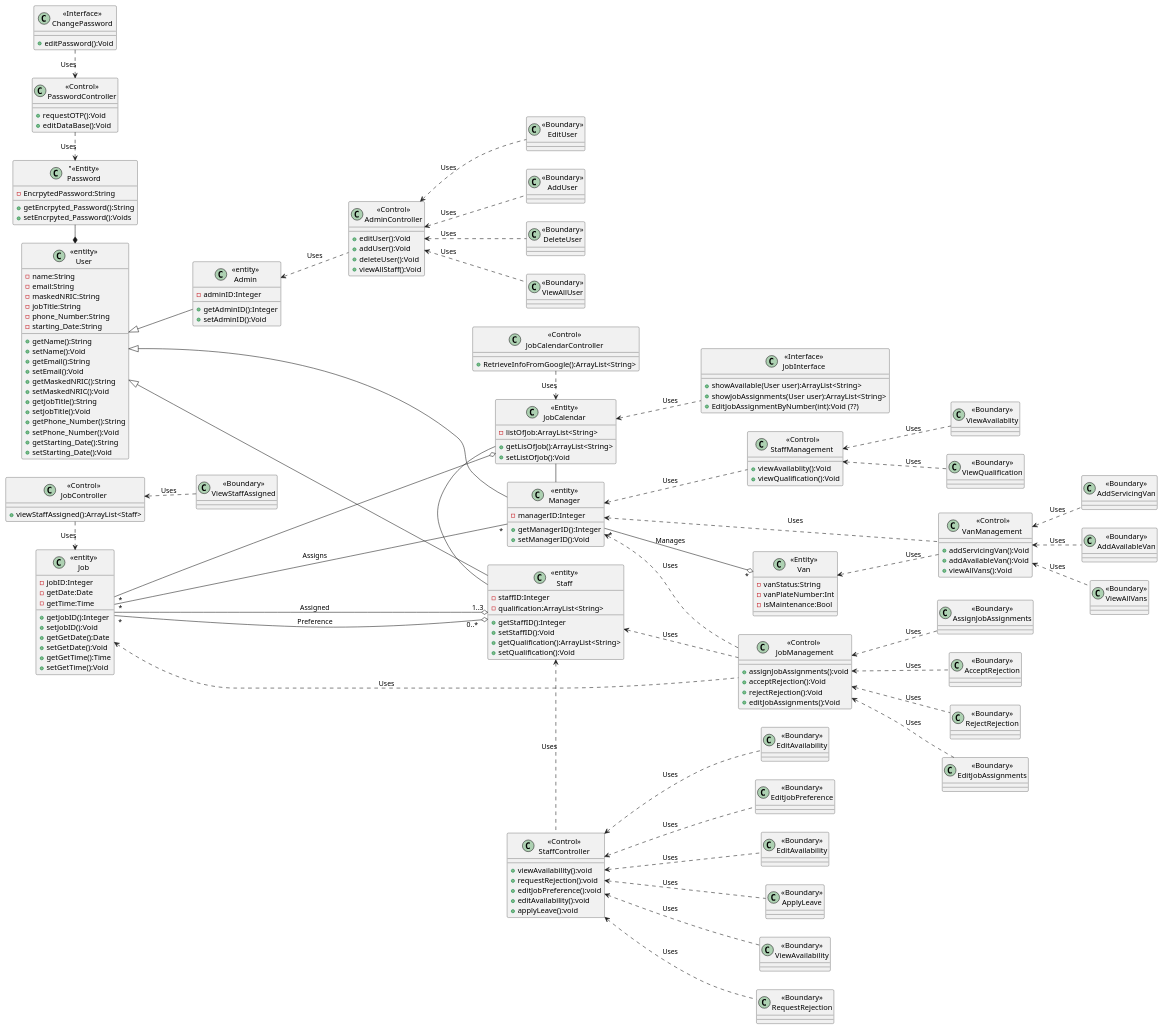
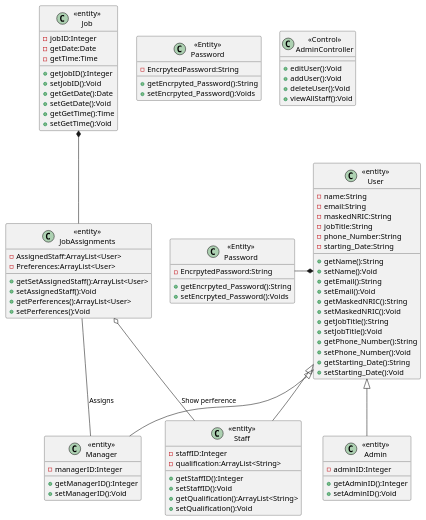
Before and after one commit to tryhardlaijun/Y2Trim1SoftEngPlantUml: the diagram in 2101/M2Class copy.Plantuml, drawn with PlantUML. The commit also changed other lines of this file and 2 other files, not shown here.

Commit message:
M2 plantUML

```diff
--- a/2101/M2Class copy.Plantuml
+++ b/2101/M2Class copy.Plantuml
@@ -1,19 +1,4 @@
-left to right direction
-
-
-class Admin as "<<entity>>\nAdmin"{
- -adminID:Integer
- +getAdminID():Integer
- +setAdminID():Void
-}
-
-class AdminController as "<<Control>>\nAdminController"{
- +editUser():Void
- +addUser():Void
- +deleteUser():Void
- +viewAllStaff():Void
-}
-
+@startuml
 
 class User as "<<entity>>\nUser"{
  -name:String
@@ -36,34 +21,6 @@
  +setStarting_Date():Void
 }
 
-
-
-class Manager as "<<entity>>\nManager"{
- -managerID:Integer
- +getManagerID():Integer
- +setManagerID():Void
-
-}
-
-
-
-class JobManagement as "<<Control>>\n JobManagement"{
- +assignJobAssignments():void
- +acceptRejection():Void
- +rejectRejection():Void
- +editJobAssignments():Void
-
-}
-class VanManagement as "<<Control>>\nVanManagement "{
- +addServicingVan():Void
- +addAvailableVan():Void
- +viewAllVans():Void
-}
-class StaffManagement as "<<Control>>\nStaffManagement "{
- +viewAvailablity():Void
- +viewQualification():Void
-}
-
 class Staff as "<<entity>>\nStaff"{
  -staffID:Integer
  +getStaffID():Integer
@@ -73,13 +30,16 @@
  +setQualification():Void
 }
 
-class StaffController as "<<Control>>\nStaffController"{
- +viewAvailability():void
- +requestRejection():void
- +editJobPreference():void
- +editAvailability():void
- +applyLeave():void
+class Admin as "<<entity>>\nAdmin"{
+ -adminID:Integer
+ +getAdminID():Integer
+ +setAdminID():Void
+}
 
+class Manager as "<<entity>>\nManager"{
+ -managerID:Integer
+ +getManagerID():Integer
+ +setManagerID():Void
 }
 
 class Job as "<<entity>>\nJob" {
@@ -92,159 +52,49 @@
  +setGetDate():Void
  +getGetTime():Time
  +setGetTime():Void
+
 }
 
-class JobController as "<<Control>>\nJobController" {
- +viewStaffAssigned():ArrayList<Staff>
+class JobAssignments as "<<entity>>\nJobAssignments"
+{
+   -AssignedStaff:ArrayList<User>
+   -Preferences:ArrayList<User>
+   +getSetAssignedStaff():ArrayList<User>
+   +setAssignedStaff():Void
+   +getPerferences():ArrayList<User>
+   +setPerferences():Void
 }
-
-
-class JobCalendar as "<<Entity>>\nJobCalendar"{
-  -listOfJob:ArrayList<String>
-  +getLisOfJob():ArrayList<String>
-  +setListOfJob():Void
+class Password as "<<Entity>>\nPassword"{
+  -EncrpytedPassword:String
+  +getEncrpyted_Password():String
+  +setEncrpyted_Password():Voids
 }
-class JobCalendarController as "<<Control>>\nJobCalendarController"{
-
- +RetrieveInfoFromGoogle():ArrayList<String>
-}
-
-class JobCalendarInterface as "<<Interface>>\nJobInterface"{
- +showAvailable(User user):ArrayList<String>
- +showJobAssignments(User user):ArrayList<String>
- +EditJobAssignmentByNumber(int):Void (??)
-}
-
-class PasswordController as "<<Control>>\nPasswordController"{
- +requestOTP():Void
- +editDataBase():Void
-}
-
-class PasswordInterface as "<<Interface>>\nChangePassword"{
- +editPassword():Void
-}
-
-
-class Van as "<<Entity>>\nVan"{
--vanStatus:String
--vanPlateNumber:Int
--isMaintenance:Bool
-}
-
-class Password as ""<<Entity>>\nPassword"{
- -EncrpytedPassword:String
+class StaffAvailability as "<<Entity>>\nPassword"{
+  -EncrpytedPassword:String
   +getEncrpyted_Password():String
   +setEncrpyted_Password():Voids
 }
 
-
-User <|---- Manager
-User <|-- Admin
-User <|-- Staff
+'Controller' class
+class AdminController as "<<Control>>\nAdminController"{
+ +editUser():Void
+ +addUser():Void
+ +deleteUser():Void
+ +viewAllStaff():Void
+}
 
 
+' Inheritance
+User <|-- Staff
+User <|-- Manager
+User <|-- Admin
 
-Job "*"----o "1..3" Staff : Assigned
-Job "*" ----o "  0..*   " Staff : Preference
+'Aggregation
+JobAssignments -- Manager : Assigns
+JobAssignments o-- Staff : Show perference
 
-Staff <. StaffController : Uses
-Staff <.. JobManagement : Uses
+' Composite
+User *-l- Password
+Job *-- JobAssignments
 
-Manager <.. JobManagement : Uses
-Manager <.. VanManagement : Uses
-Manager <.. StaffManagement : Uses
-Manager "*" --o "*" Van : Manages
-
-Van <.. VanManagement : Uses
-
-Admin <.. AdminController : Uses
-
-JobController  .> Job : Uses
-
-JobCalendarController  .> JobCalendar : Uses
-
-PasswordController  .> Password : Uses
-PasswordInterface .> PasswordController: Uses
-
-
-Job "*" -- "*" Manager : Assigns
-Job -o JobCalendar
-Job  <. JobManagement : Uses
-
-
-
-JobCalendar - Staff
-JobCalendar - Manager
-JobCalendar <.. JobCalendarInterface : Uses
-Password -* User
-
-
-class JobBoundary1x as "<<Boundary>>\nViewStaffAssigned"{
-}
-JobController <.. JobBoundary1x : Uses
-
-
-class StaffBoundary1x as "<<Boundary>>\nViewAvailability"{
-}
-class StaffBoundary2x as "<<Boundary>>\nRequestRejection"{
-}
-class StaffBoundary3x as "<<Boundary>>\nEditAvailability"{
-}
-class StaffBoundary4x as "<<Boundary>>\nEditJobPreference"{
-}
-class StaffBoundary5x as "<<Boundary>>\nEditAvailability"{
-}
-class StaffBoundary6x as "<<Boundary>>\nApplyLeave"{
-}
-StaffController <.. StaffBoundary1x : Uses
-StaffController <.. StaffBoundary2x : Uses
-StaffController <.. StaffBoundary3x : Uses
-StaffController <.. StaffBoundary4x : Uses
-StaffController <.. StaffBoundary5x : Uses
-StaffController <.. StaffBoundary6x : Uses
-
-class StaffBoundary1 as "<<Boundary>>\nViewAvailablity"{
-}
-class StaffBoundary2 as "<<Boundary>>\nViewQualification"{
-}
-StaffManagement <.. StaffBoundary1 : Uses
-StaffManagement <.. StaffBoundary2 : Uses
-
-
-class AdminBoundary1 as "<<Boundary>>\nEditUser"{
-}
-class AdminBoundary2 as "<<Boundary>>\nAddUser"{
-}
-class AdminBoundary3 as "<<Boundary>>\nDeleteUser"{
-}
-class AdminBoundary4 as "<<Boundary>>\nViewAllUser"{
-}
-AdminController <.. AdminBoundary1 : Uses
-AdminController <.. AdminBoundary2 : Uses
-AdminController <.. AdminBoundary3 : Uses
-AdminController <.. AdminBoundary4 : Uses
-
-
-class JobBoundary1 as "<<Boundary>>\nAssignJobAssignments"{
-}
-class JobBoundary2 as "<<Boundary>>\nAcceptRejection"{
-}
-class JobBoundary3 as "<<Boundary>>\nRejectRejection"{
-}
-class JobBoundary4 as "<<Boundary>>\nEditJobAssignments"{
-}
-JobManagement <.. JobBoundary1 : Uses
-JobManagement <.. JobBoundary2 : Uses
-JobManagement <.. JobBoundary3 : Uses
-JobManagement <.. JobBoundary4 : Uses
-
-class VanBoundary1 as "<<Boundary>>\nAddServicingVan"{
-}
-class VanBoundary2 as "<<Boundary>>\nAddAvailableVan"{
-}
-class VanBoundary3 as "<<Boundary>>\nViewAllVans"{
-}
-
-VanManagement <.. VanBoundary1 : Uses
-VanManagement <.. VanBoundary2 : Uses
-VanManagement <.. VanBoundary3 : Uses
+@enduml
```
